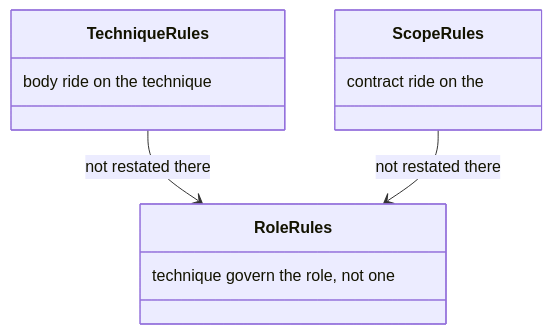
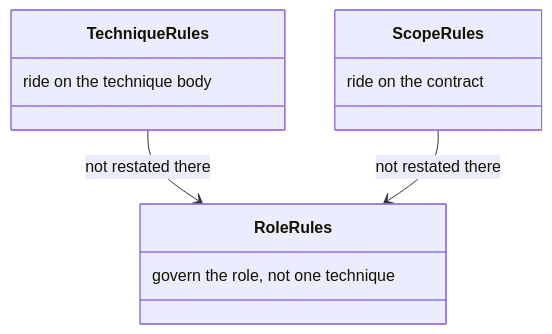
Diagram 24 of 34 in docs/resolution.md (m2ux/workflow-server), drawn with Mermaid before and after one commit. The commit also changed other lines of this file and 10 other files, not shown here.

Commit message:
Write each class-box note in reading order so the diagram shows the phrase as written.

````diff
--- a/docs/resolution.md
+++ b/docs/resolution.md
@@ -473,14 +473,14 @@
 ```mermaid
 classDiagram
   class TechniqueRules {
-    body ride on the technique
+    ride on the technique body
   }
   class ScopeRules {
-    contract ride on the
+    ride on the contract
   }
   class RoleRules {
-    technique govern the role, not one
+    govern the role, not one technique
   }
   TechniqueRules --> RoleRules : not restated there
   ScopeRules --> RoleRules : not restated there
 ```
````
